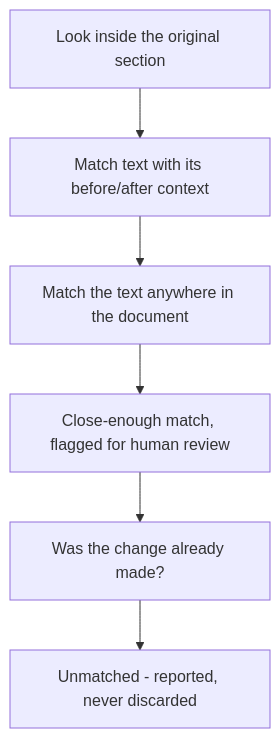
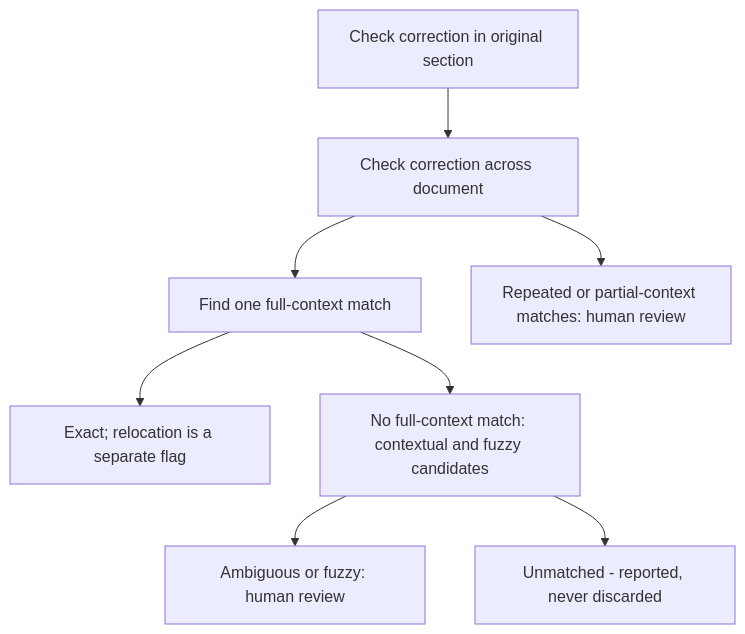
The diagram in README.md (m42e/markdown-annotation), drawn with Mermaid before and after one commit. The commit also changed other lines of this file and 4 other files, not shown here.

````diff
--- a/README.md
+++ b/README.md
@@ -91,8 +124,10 @@
 ```mermaid
 flowchart TD
-  A[Look inside the original section] --> B[Match text with its before/after context]
-  B --> C[Match the text anywhere in the document]
-  C --> D[Close-enough match, flagged for human review]
-  D --> E[Was the change already made?]
-  E --> F[Unmatched - reported, never discarded]
+  A[Check correction in original section] --> B[Check correction across document]
+  B --> C[Find one full-context match]
+  C --> D[Exact; relocation is a separate flag]
+  B --> E[Repeated or partial-context matches: human review]
+  C --> F[No full-context match: contextual and fuzzy candidates]
+  F --> G[Ambiguous or fuzzy: human review]
+  F --> H[Unmatched - reported, never discarded]
 ```
````
